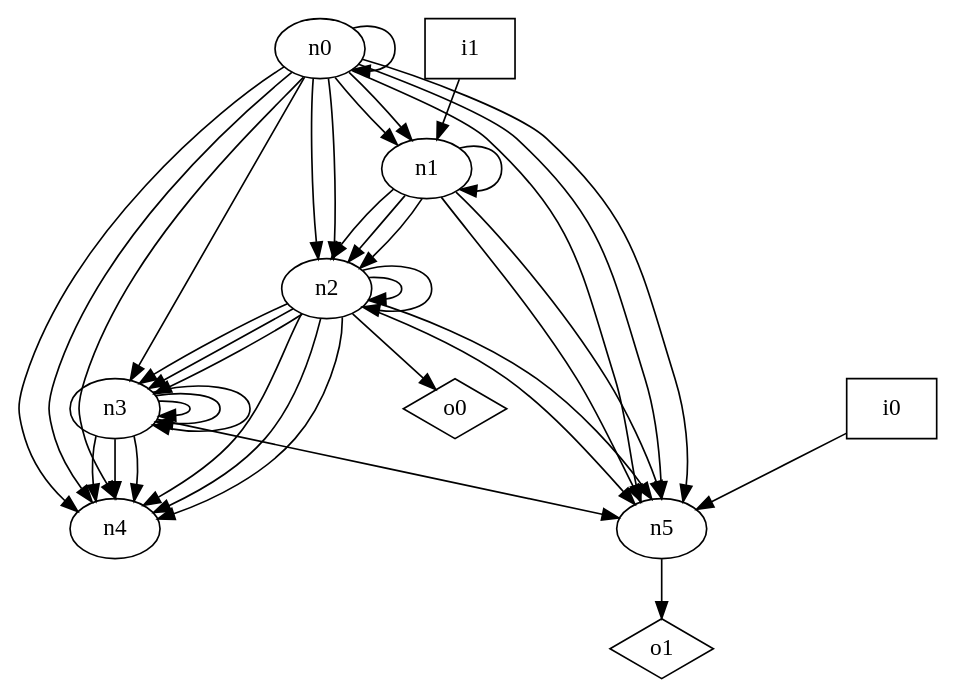
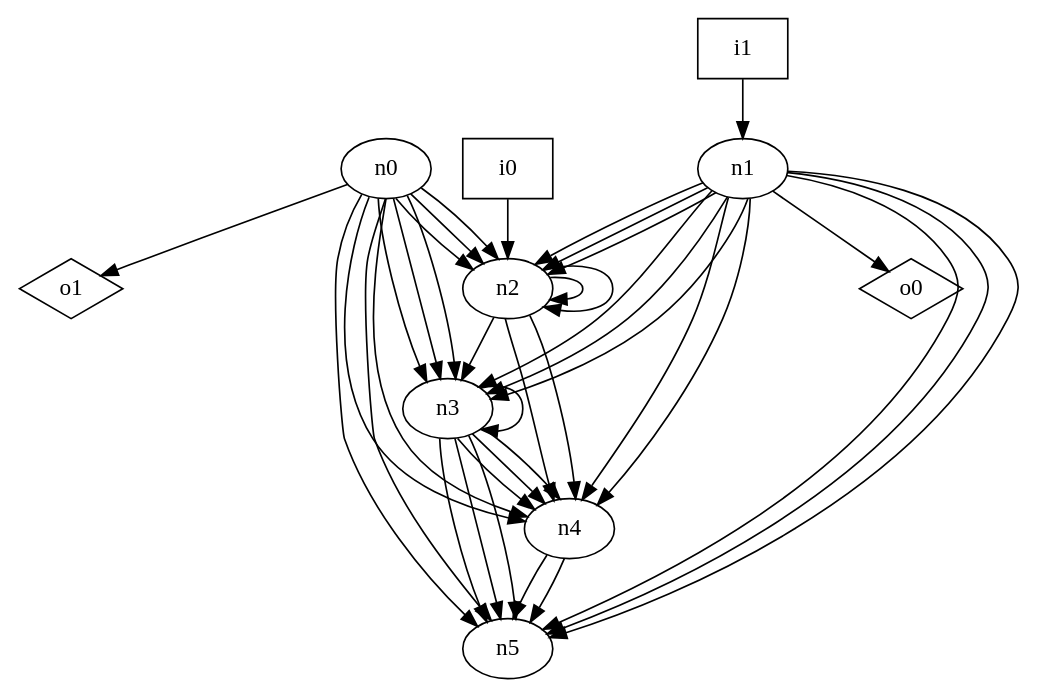
Before and after one commit to p9romain/bool-circuits: the diagram in dot_files/random_graph/DAG_graph.dot, drawn with Graphviz. The commit also changed 149 other files, not shown here.

```diff
--- a/dot_files/random_graph/DAG_graph.dot
+++ b/dot_files/random_graph/DAG_graph.dot
@@ -1,51 +1,51 @@
 digraph G {
 n0 [label="n0"];
 n1 [label="n1"];
 n2 [label="n2"];
 n3 [label="n3"];
 n4 [label="n4"];
 n5 [label="n5"];
 n6 [label="i0",shape="box"];
 n7 [label="i1",shape="box"];
 n8 [label="o0",shape="diamond"];
 n9 [label="o1",shape="diamond"];
-n0 -> n0
-n0 -> n1
-n0 -> n1
+n0 -> n2
 n0 -> n2
 n0 -> n2
 n0 -> n3
-n0 -> n4
+n0 -> n3
+n0 -> n3
 n0 -> n4
 n0 -> n4
 n0 -> n5
 n0 -> n5
-n0 -> n5
-n1 -> n1
+n0 -> n9
 n1 -> n2
 n1 -> n2
 n1 -> n2
+n1 -> n3
+n1 -> n3
+n1 -> n3
+n1 -> n4
+n1 -> n4
 n1 -> n5
 n1 -> n5
+n1 -> n5
+n1 -> n8
 n2 -> n2
 n2 -> n2
 n2 -> n3
-n2 -> n3
-n2 -> n3
 n2 -> n4
 n2 -> n4
-n2 -> n4
-n2 -> n5
-n2 -> n5
-n2 -> n8
-n3 -> n3
-n3 -> n3
 n3 -> n3
 n3 -> n4
 n3 -> n4
 n3 -> n4
 n3 -> n5
-n5 -> n9
-n6 -> n5
+n3 -> n5
+n3 -> n5
+n4 -> n5
+n4 -> n5
+n6 -> n2
 n7 -> n1
 }
```
